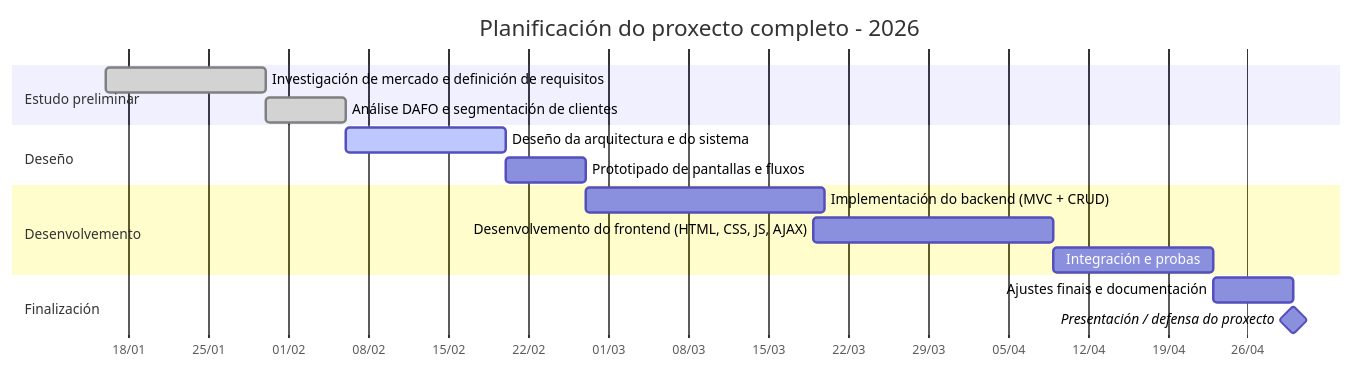
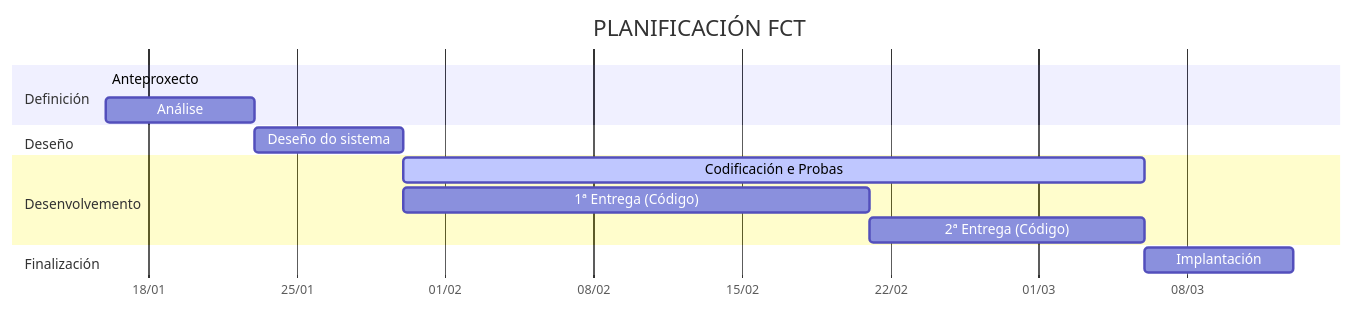
Before and after one commit to RubenOG-dev/Proyecto-DAW-25-26-Ruben-Otero-Gonzalez: the diagram in doc/templates/1_Anteproxecto.md, drawn with Mermaid.

````diff
--- a/doc/templates/1_Anteproxecto.md
+++ b/doc/templates/1_Anteproxecto.md
@@ -201,25 +201,25 @@
 ```mermaid
 gantt
-    title Planificación do proxecto completo - 2026
+    title PLANIFICACIÓN FCT
     dateFormat  DD/MM/YY
     axisFormat  %d/%m
 
-    section Estudo preliminar
-    Investigación de mercado e definición de requisitos  :done, a1, 16/01/26, 14d
-    Análise DAFO e segmentación de clientes             :done, a2, 30/01/26, 7d
+    section Definición
+    Anteproxecto           :a1, 16/01/26, 0d
+    Análise                :a2, 16/01/26, 7d
 
+    
     section Deseño
-    Deseño da arquitectura e do sistema                :active, a3, 06/02/26, 14d
-    Prototipado de pantallas e fluxos                  :a4, 20/02/26, 7d
+    Deseño do sistema      :a3, 23/01/26, 7d
 
     section Desenvolvemento
-    Implementación do backend (MVC + CRUD)            :a5, 27/02/26, 21d
-    Desenvolvemento do frontend (HTML, CSS, JS, AJAX) :a6, 19/03/26, 21d
-    Integración e probas                               :a7, 09/04/26, 14d
+    Codificación e Probas  :active, a4, 30/01/26, 35d
+    1ª Entrega (Código)    :a4, 30/01/26, 22d
+    2ª Entrega (Código)    :a4, 21/02/26, 13d
 
     section Finalización
-    Ajustes finais e documentación                     :a8, 23/04/26, 7d
-    Presentación / defensa do proxecto                 :milestone, 30/04/26
+    Implantación           :a5, 06/03/26, 7d
+
 
 
 ```
````
